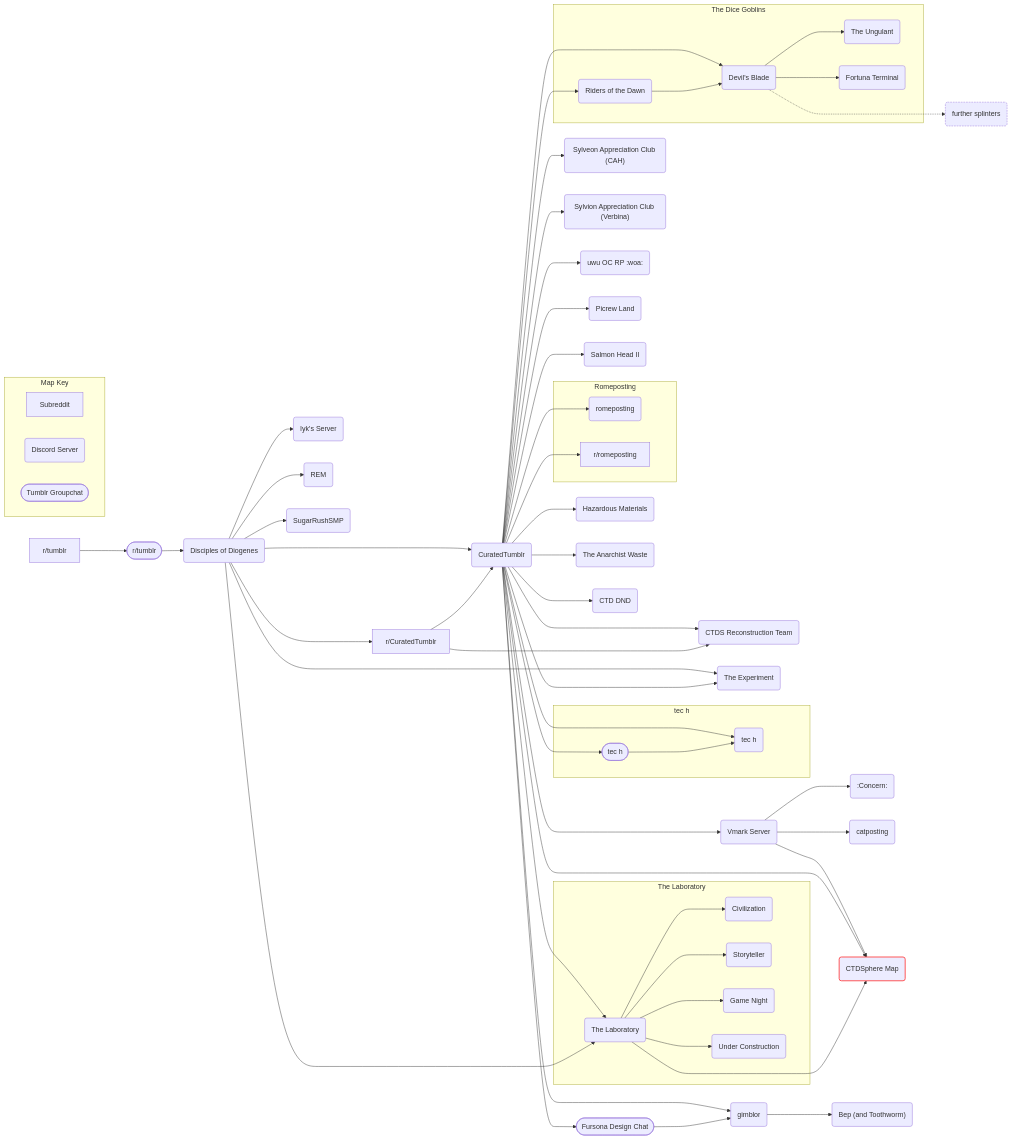
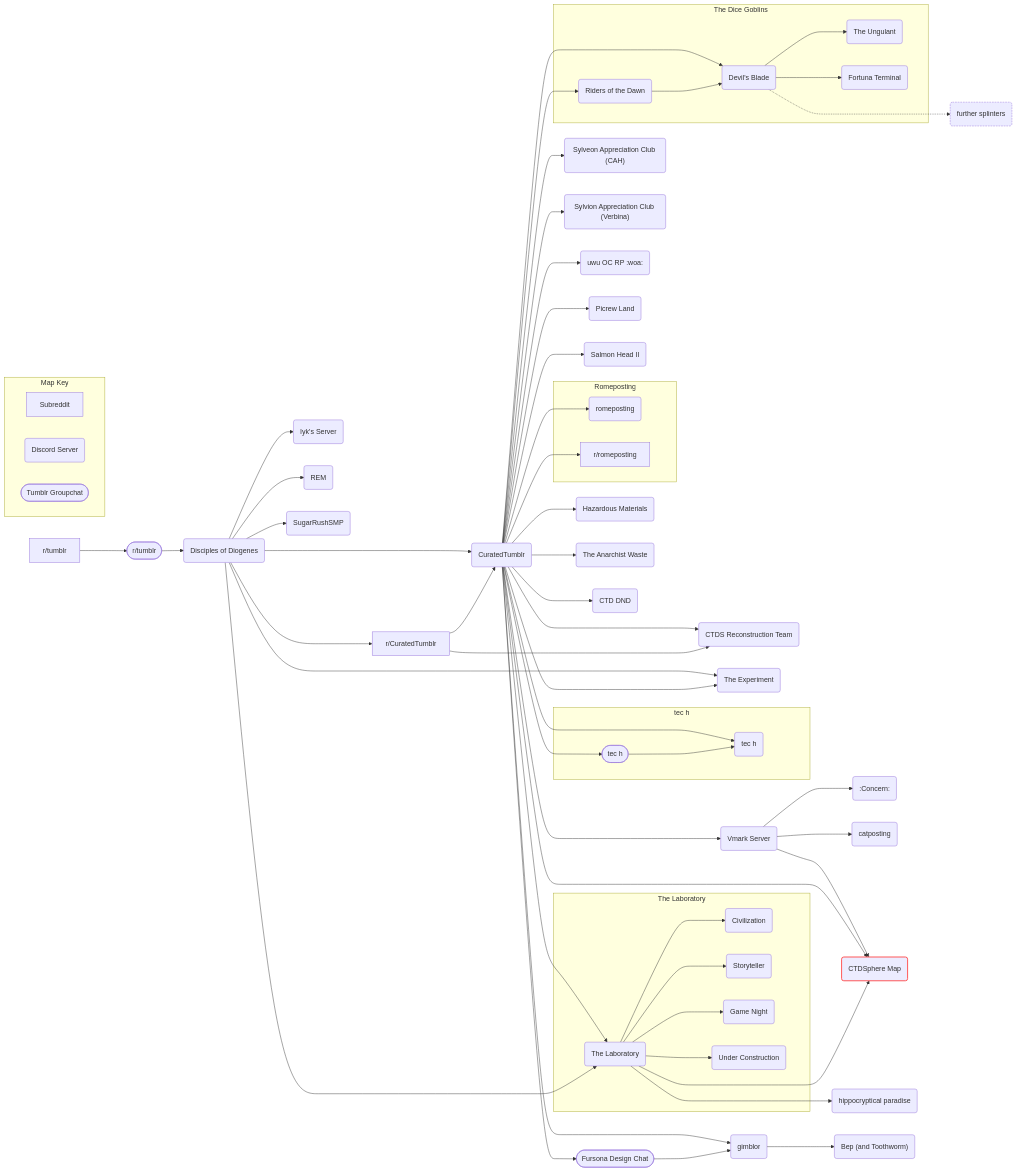
Before and after one commit to AnGenericAccount/CTDSphere-Map: the diagram in Map.md, drawn with Mermaid.

````diff
--- a/Map.md
+++ b/Map.md
@@ -1,68 +1,69 @@
 ```mermaid
 flowchart LR
     tumblr[r/tumblr]-->groupchat([r/tumblr])
     groupchat-->DoD(Disciples of Diogenes)
     DoD--->subreddit[r/CuratedTumblr]
     DoD-->CTDS(CuratedTumblr)
     subreddit-->CTDS
     DoD-->Iyk(Iyk's Server)
     DoD-->REM(REM)
     DoD-->Sugar(SugarRushSMP)
     CTDS--->reconstruction(CTDS Reconstruction Team)
     subreddit-->reconstruction
     CTDS-->lab(The Laboratory)
     DoD-->lab
     subgraph Laboratory [The Laboratory]
         lab-->Civilization(Civilization)
         lab-->Storyteller(Storyteller)
         lab-->Game(Game Night)
         lab-->Construction(Under Construction)
     end
     DoD-->Experiment(The Experiment)
     CTDS--->Experiment
     CTDS-->CAH("Sylveon Appreciation Club (CAH)")
     CTDS-->Verbina("Sylvion Appreciation Club (Verbina)")
     CTDS-->tech(tec h)
     CTDS-->techchat([tec h])
     subgraph tec[tec h]
         techchat-->tech
     end
     CTDS-->RP(uwu OC RP :woa:)
     CTDS-->picrew(Picrew Land)
     CTDS-->salmon(Salmon Head II)
     CTDS-->Vmark(Vmark Server)
     Vmark-->concern(:Concern:)
     Vmark-->catposting(catposting)
     Vmark-->sphere("CTDSphere Map")
     style sphere stroke:#f44,stroke-width:2px
     CTDS-->sphere
     lab--->sphere
+    lab--->hippo(hippocryptical paradise)
     CTDS-->gimblor(gimblor)
     CTDS-->fursona([Fursona Design Chat])
     fursona-->gimblor
     gimblor-->bep("Bep (and Toothworm)")
     subgraph Romeposting
         rome(romeposting)
         romesub[r/romeposting]
     end
     CTDS-->rome
     CTDS-->romesub
     CTDS-->hazard(Hazardous Materials)
     CTDS-->anarchist(The Anarchist Waste)
     CTDS-->DND(CTD DND)
     CTDS-->dawn(Riders of the Dawn)
     CTDS-->blade(Devil's Blade)
     subgraph riders[The Dice Goblins]
         dawn-->blade
         blade-->ungulant(The Ungulant)
         blade-->terminal(Fortuna Terminal)   
     end
     blade-..->further(further splinters)
     style further stroke-dasharray:4 2
     subgraph Key [Map Key]
         direction LR
         sub[Subreddit]
         discord(Discord Server)
         chat([Tumblr Groupchat])
     end
 ```
````
